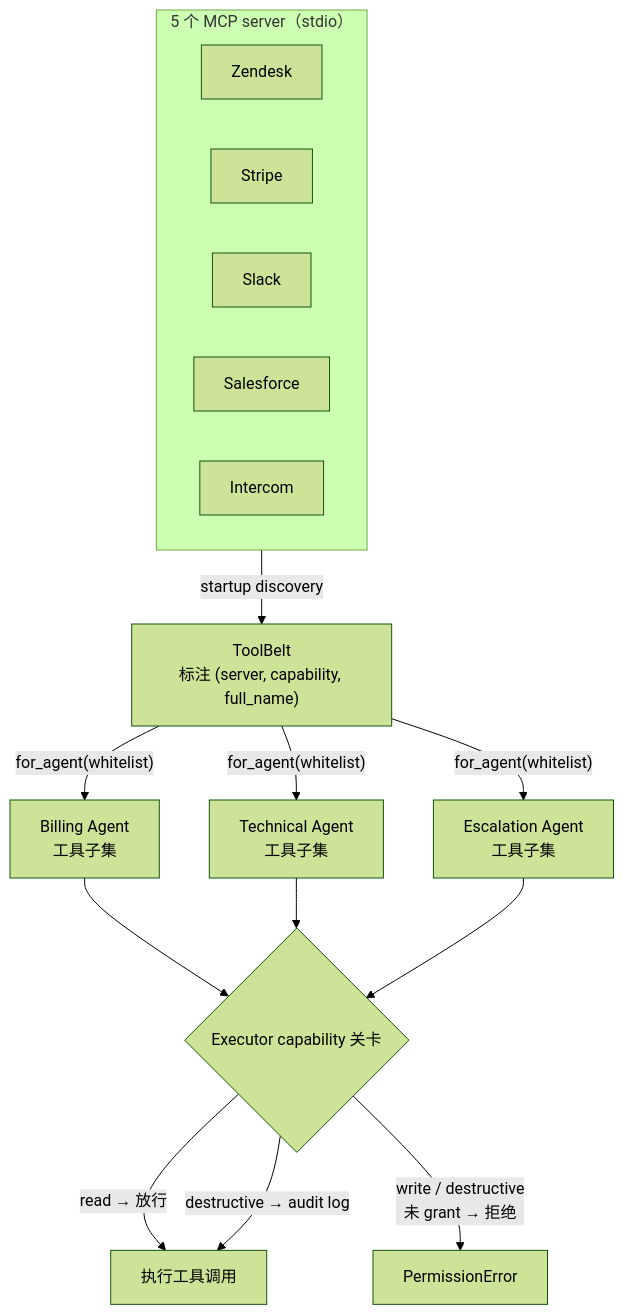
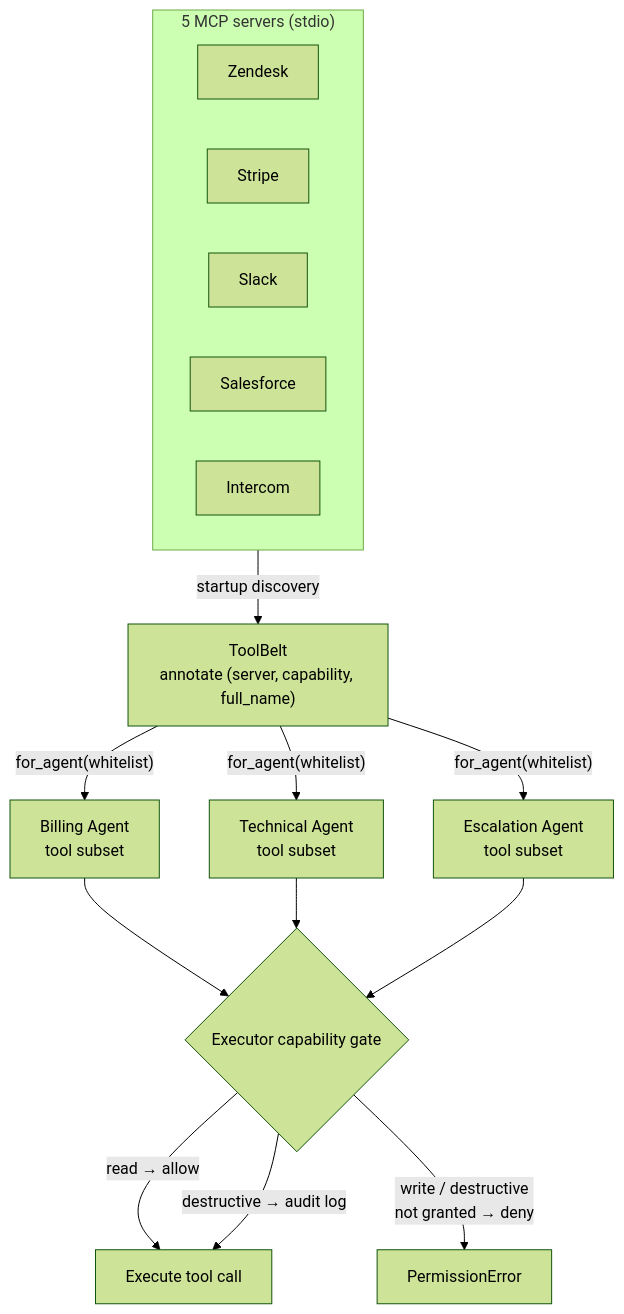
Before and after one commit to AndyUneducated/resolve-ai: the diagram in docs/milestone-3-plan.md, drawn with Mermaid (forest theme). The commit also changed other lines of this file and 79 other files, not shown here.

````diff
--- a/docs/milestone-3-plan.md
+++ b/docs/milestone-3-plan.md
@@ -114,21 +114,21 @@
 ```mermaid
 flowchart TD
-  subgraph servers["5 个 MCP server（stdio）"]
+  subgraph servers["5 MCP servers (stdio)"]
     z[Zendesk]
     st[Stripe]
     sl[Slack]
     sf[Salesforce]
     ic[Intercom]
   end
-  servers -->|"startup discovery"| belt["ToolBelt<br/>标注 (server, capability, full_name)"]
-  belt -->|"for_agent(whitelist)"| billing["Billing Agent<br/>工具子集"]
-  belt -->|"for_agent(whitelist)"| tech["Technical Agent<br/>工具子集"]
-  belt -->|"for_agent(whitelist)"| esc["Escalation Agent<br/>工具子集"]
+  servers -->|"startup discovery"| belt["ToolBelt<br/>annotate (server, capability, full_name)"]
+  belt -->|"for_agent(whitelist)"| billing["Billing Agent<br/>tool subset"]
+  belt -->|"for_agent(whitelist)"| tech["Technical Agent<br/>tool subset"]
+  belt -->|"for_agent(whitelist)"| esc["Escalation Agent<br/>tool subset"]
   billing --> exec
   tech --> exec
   esc --> exec
-  exec{"Executor capability 关卡"}
-  exec -->|"read → 放行"| ok["执行工具调用"]
-  exec -->|"write / destructive<br/>未 grant → 拒绝"| deny["PermissionError"]
+  exec{"Executor capability gate"}
+  exec -->|"read → allow"| ok["Execute tool call"]
+  exec -->|"write / destructive<br/>not granted → deny"| deny["PermissionError"]
   exec -->|"destructive → audit log"| ok
 ```
````
